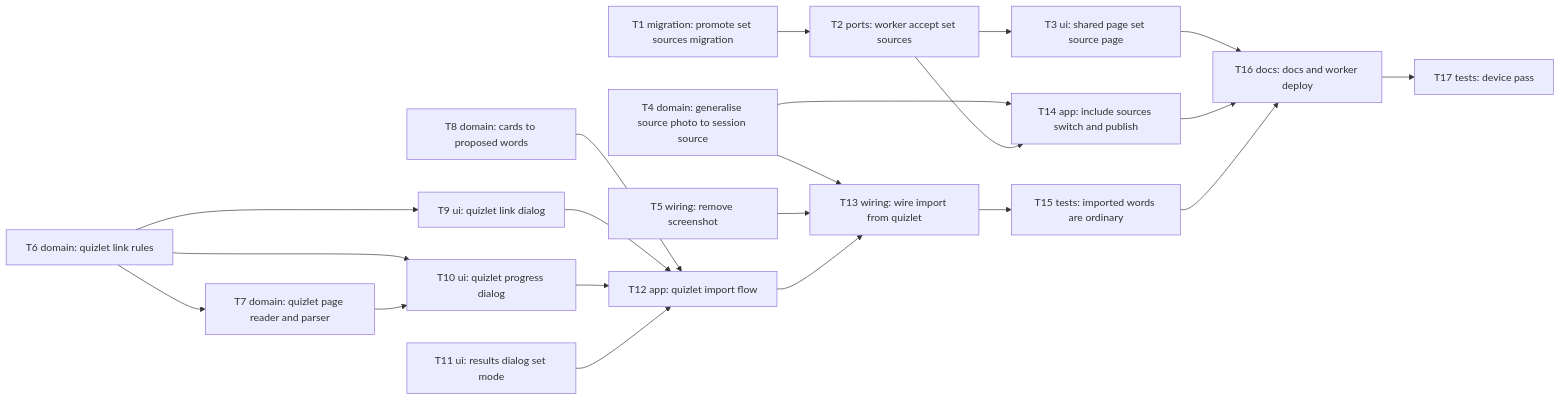
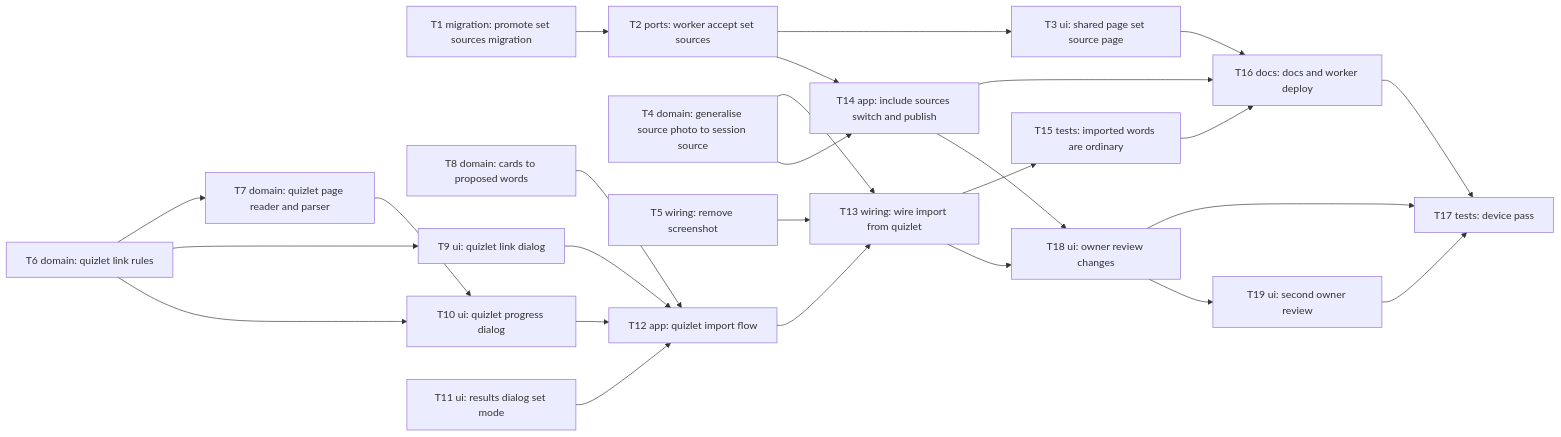
Before and after one commit to mlevytskiy/flutter_vocabulary_app: the diagram in docs/features/import-from-quizlet/tasks/_epic.md, drawn with Mermaid. The commit also changed other lines of this file and 41 other files, not shown here.

````diff
--- a/docs/features/import-from-quizlet/tasks/_epic.md
+++ b/docs/features/import-from-quizlet/tasks/_epic.md
@@ -20,40 +20,47 @@
 ```mermaid
 flowchart LR
     T1["T1 migration: promote set sources migration"]
     T2["T2 ports: worker accept set sources"]
     T3["T3 ui: shared page set source page"]
     T4["T4 domain: generalise source photo to session source"]
     T5["T5 wiring: remove screenshot"]
     T6["T6 domain: quizlet link rules"]
     T7["T7 domain: quizlet page reader and parser"]
     T8["T8 domain: cards to proposed words"]
     T9["T9 ui: quizlet link dialog"]
     T10["T10 ui: quizlet progress dialog"]
     T11["T11 ui: results dialog set mode"]
     T12["T12 app: quizlet import flow"]
     T13["T13 wiring: wire import from quizlet"]
     T14["T14 app: include sources switch and publish"]
     T15["T15 tests: imported words are ordinary"]
     T16["T16 docs: docs and worker deploy"]
     T17["T17 tests: device pass"]
+    T18["T18 ui: owner review changes"]
+    T19["T19 ui: second owner review"]
     T1 --> T2
     T2 --> T3
     T6 --> T7
     T6 --> T9
     T6 --> T10
     T7 --> T10
     T8 --> T12
     T9 --> T12
     T10 --> T12
     T11 --> T12
     T4 --> T13
     T5 --> T13
     T12 --> T13
     T4 --> T14
     T2 --> T14
     T13 --> T15
     T3 --> T16
     T14 --> T16
     T15 --> T16
     T16 --> T17
+    T13 --> T18
+    T14 --> T18
+    T18 --> T17
+    T18 --> T19
+    T19 --> T17
 ```
````
